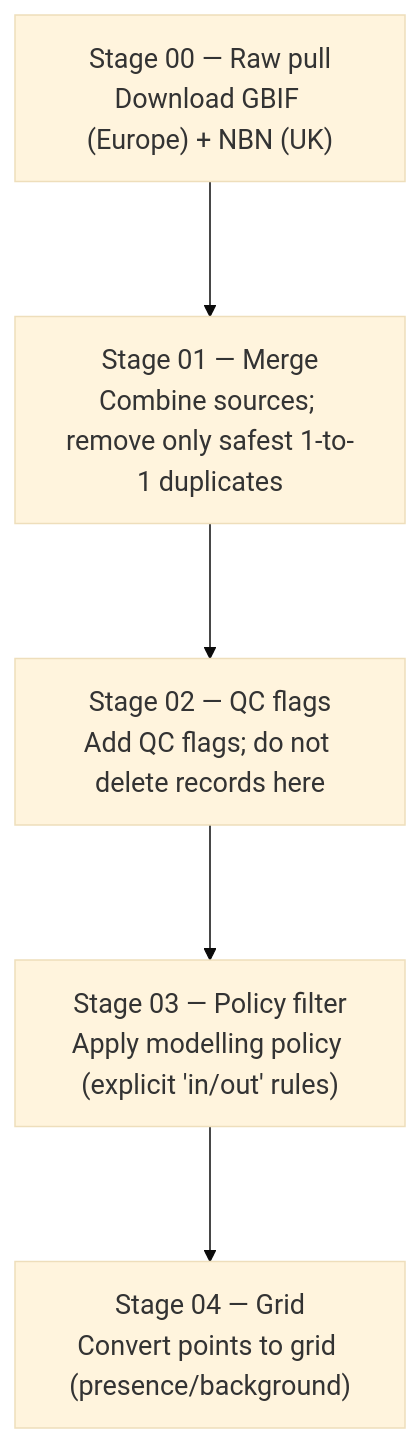
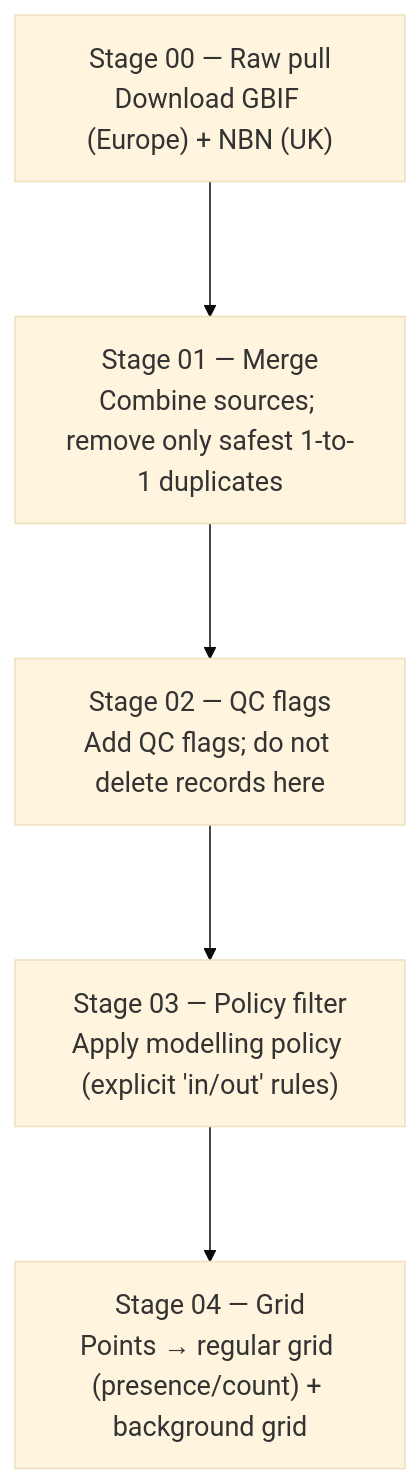
One commit to JamesRimmerEco/InfluentialSpecies changed the diagram in docs/pipeline_transparency.qmd. Above: the diagram before and after it, drawn with Mermaid. The commit also changed other lines of this file, not shown here.

Commit message:
Addin stage 4, no decisions yet

````diff
--- a/docs/pipeline_transparency.qmd
+++ b/docs/pipeline_transparency.qmd
@@ -51,8 +51,8 @@
 ```{mermaid}
 %%{init: {"theme":"base","themeVariables":{"fontSize":"18px"},"flowchart":{"curve":"linear","nodeSpacing":60,"rankSpacing":90}}}%%
 flowchart TB
   A["Stage 00 — Raw pull<br/>Download GBIF (Europe) + NBN (UK)"] --> B["Stage 01 — Merge<br/>Combine sources; remove only safest 1-to-1 duplicates"]
   B --> C["Stage 02 — QC flags<br/>Add QC flags; do not delete records here"]
   C --> D["Stage 03 — Policy filter<br/>Apply modelling policy (explicit 'in/out' rules)"]
-  D --> E["Stage 04 — Grid<br/>Convert points to grid (presence/background)"]
+  D --> E["Stage 04 — Grid<br/>Points → regular grid (presence/count) + background grid"]
 ```
````
